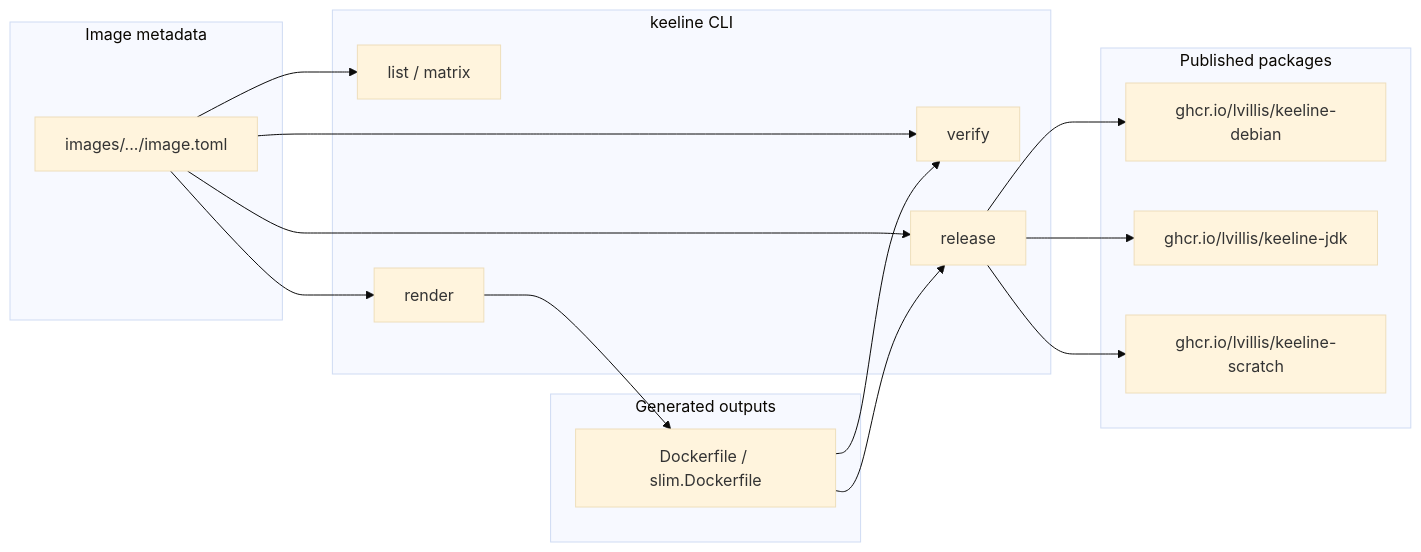
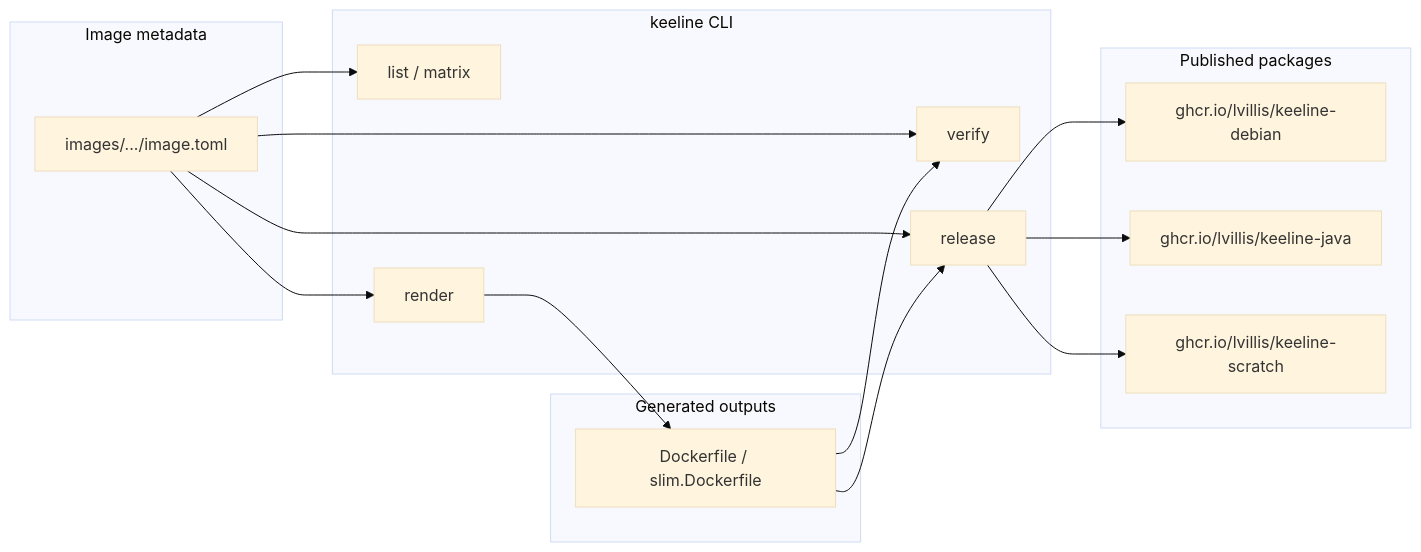
The diagram in README.md (lvillis/keeline), drawn with Mermaid (base theme) before and after one commit. The commit also changed other lines of this file and 17 other files, not shown here.

Commit message:
feat(images)!: rename JDK image package to Java

````diff
--- a/README.md
+++ b/README.md
@@ -9,34 +9,34 @@
 ```mermaid
 flowchart LR
     subgraph Metadata["Image metadata"]
         A["images/.../image.toml"]
     end
 
     subgraph CLI["keeline CLI"]
         B["list / matrix"]
         C["render"]
         D["verify"]
         E["release"]
     end
 
     subgraph Generated["Generated outputs"]
         F["Dockerfile / slim.Dockerfile"]
     end
 
     subgraph Registry["Published packages"]
         G["ghcr.io/lvillis/keeline-debian"]
-        H["ghcr.io/lvillis/keeline-jdk"]
+        H["ghcr.io/lvillis/keeline-java"]
         I["ghcr.io/lvillis/keeline-scratch"]
     end
 
     A --> B
     A --> C
     A --> D
     C --> F
     A --> E
     F --> D
     F --> E
     E --> G
     E --> H
     E --> I
 ```
````
